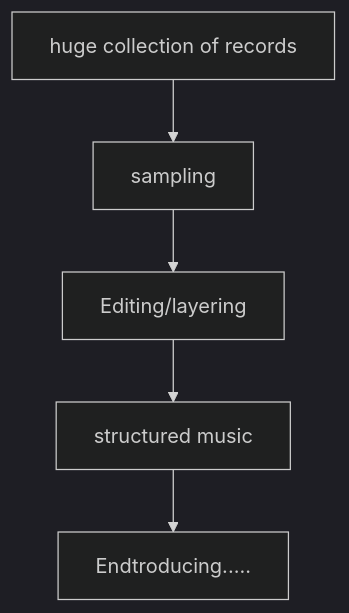
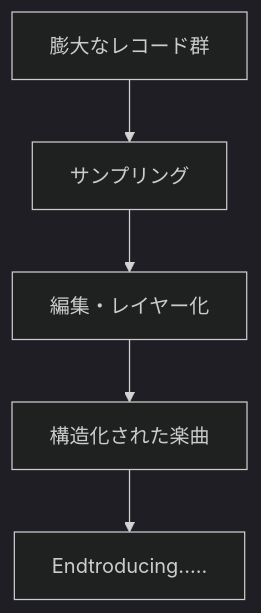
Before and after one commit to monumental-movement/monumental-movement.github.io: the tenth of 11 diagrams in en/_posts/2026-07-01-column-influential-album-03.md, drawn with Mermaid (dark theme). The commit also changed other lines of this file and 2196 other files, not shown here.

```diff
--- a/en/_posts/2026-07-01-column-influential-album-03.md
+++ b/en/_posts/2026-07-01-column-influential-album-03.md
@@ -1033,11 +1031,11 @@
 <div class="mermaid">
 flowchart TD
-A[huge collection of records]
-B[sampling]
-C[Editing/layering]
-D[structured music]
+A[膨大なレコード群]
+B[サンプリング]
+C[編集・レイヤー化]
+D[構造化された楽曲]
 E[Endtroducing.....]
 
 A --> B --> C --> D --> E
 
 </div>
```
